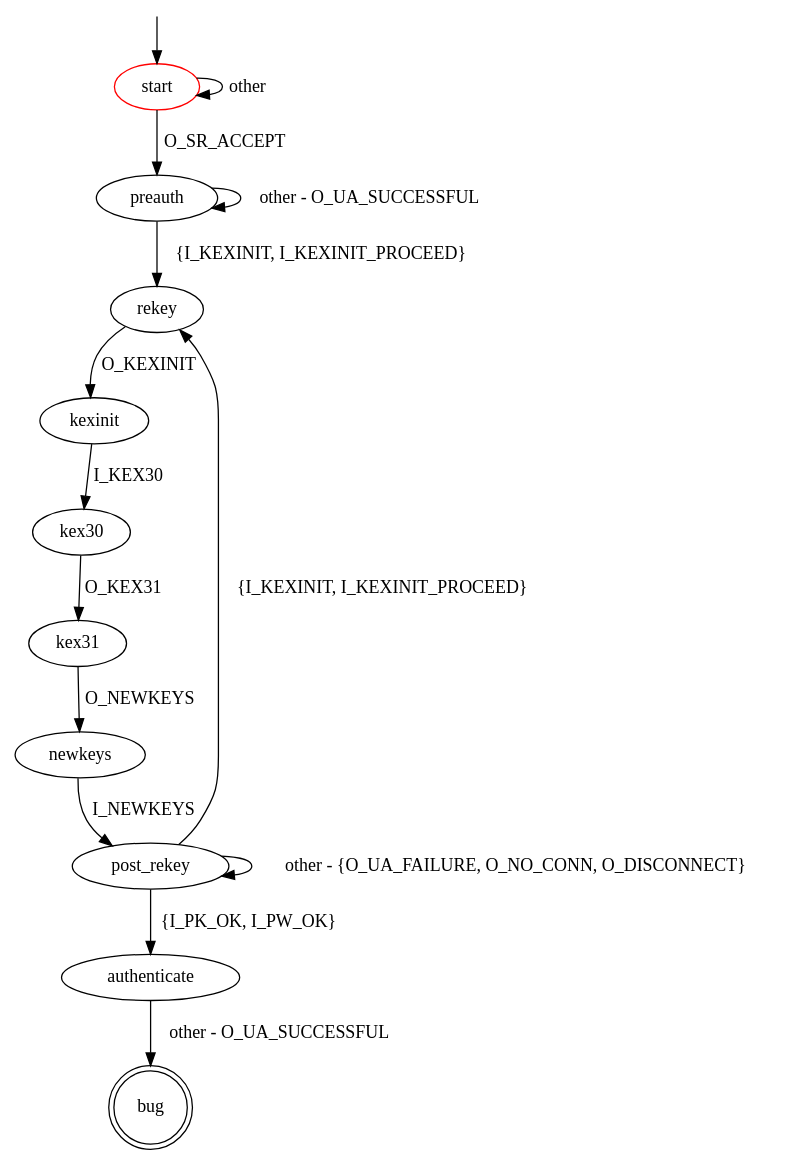
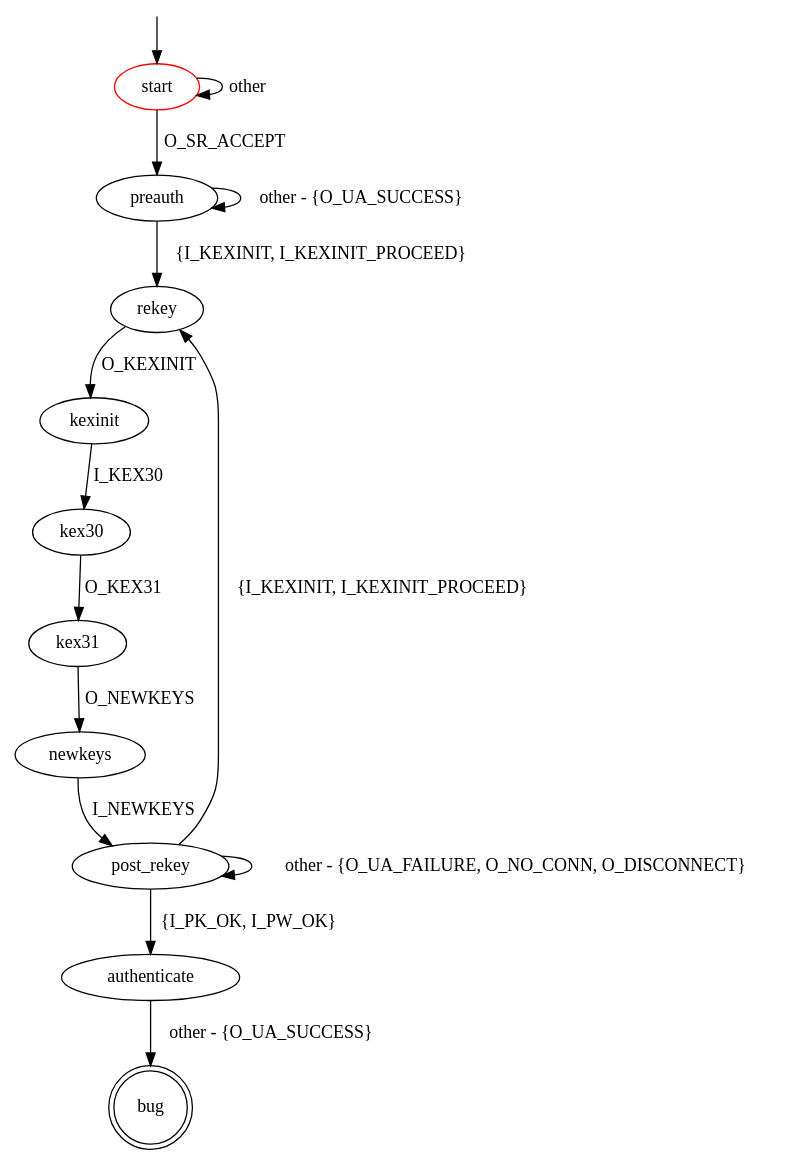
Before and after one commit to assist-project/state-machine-bug-finder: the diagram in src/main/resources/patterns/ssh/server/ua_failure_after_rekey.dot, drawn with Graphviz. The commit also changed 14 other files, not shown here.

```diff
--- a/src/main/resources/patterns/ssh/server/ua_failure_after_rekey.dot
+++ b/src/main/resources/patterns/ssh/server/ua_failure_after_rekey.dot
@@ -1,26 +1,26 @@
 digraph G {
 label=""
 start [color="red"]
 bug [shape="doublecircle"]
 
 start -> preauth [label="O_SR_ACCEPT"]
 start -> start [label="other"]
 
 preauth -> rekey [label="{I_KEXINIT, I_KEXINIT_PROCEED}"]
-preauth -> preauth [label="other - O_UA_SUCCESSFUL"]
+preauth -> preauth [label="other - {O_UA_SUCCESS}"]
 
 post_rekey -> rekey [label="{I_KEXINIT, I_KEXINIT_PROCEED}"]
 post_rekey -> authenticate [label="{I_PK_OK, I_PW_OK}"]
 post_rekey -> post_rekey [label="other - {O_UA_FAILURE, O_NO_CONN, O_DISCONNECT}"]
 
-authenticate -> bug [label="other - O_UA_SUCCESSFUL"]
+authenticate -> bug [label="other - {O_UA_SUCCESS}"]
 
 rekey -> kexinit [label="O_KEXINIT"]
 kexinit -> kex30 [label="I_KEX30"]
 kex30 -> kex31 [label="O_KEX31"]
 kex31 -> newkeys [label="O_NEWKEYS"]
 newkeys -> post_rekey [label="I_NEWKEYS"]
 
 __start0 [label="" shape="none" width="0" height="0"];
 __start0 -> start;
 }
```
